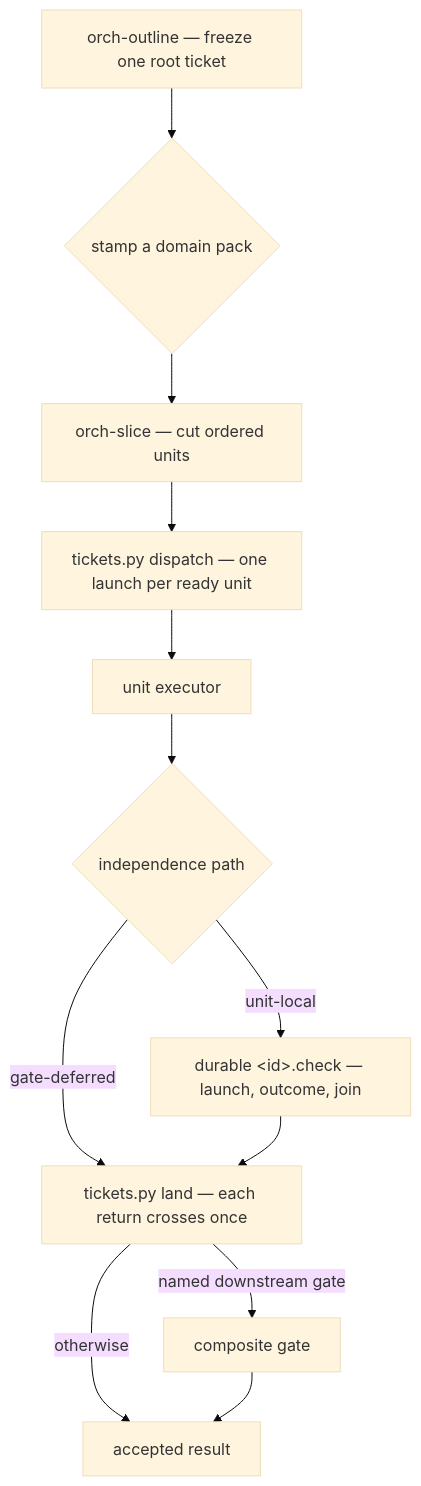
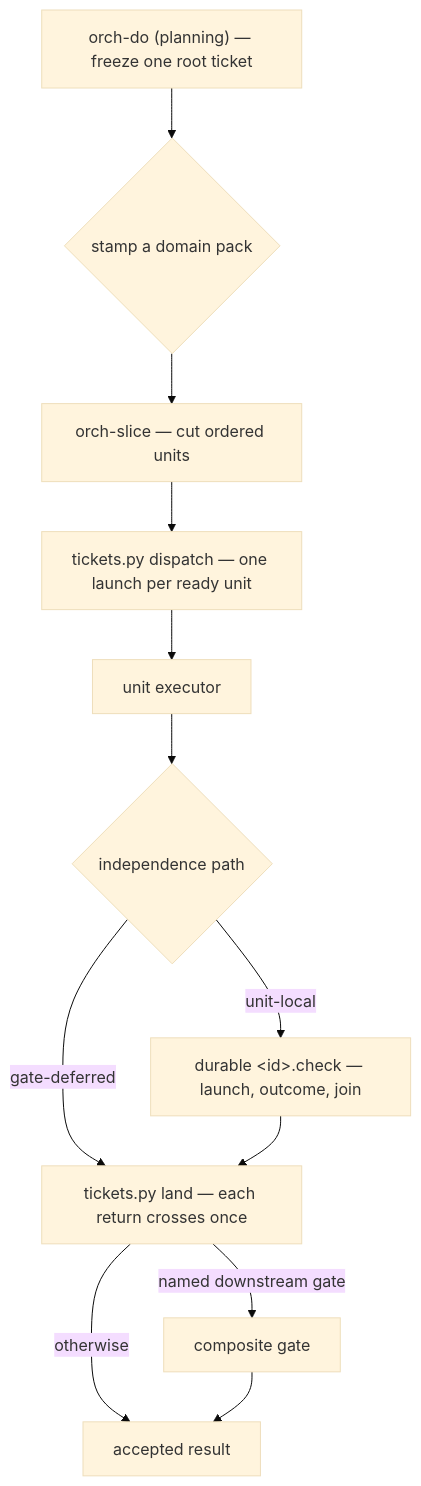
Before and after one commit to DanMcInerney/orchflows: the diagram in README.md, drawn with Mermaid (base theme). The commit also changed other lines of this file and 80 other files, not shown here.

````diff
--- a/README.md
+++ b/README.md
@@ -181,14 +181,14 @@
 ```mermaid
 flowchart TD
-    outline["orch-outline — freeze one root ticket"] --> pack{"stamp a domain pack"}
+    outline["orch-do (planning) — freeze one root ticket"] --> pack{"stamp a domain pack"}
     pack --> dec["orch-slice — cut ordered units"]
     dec --> frontier["tickets.py dispatch — one launch per ready unit"]
     frontier --> exec["unit executor"]
     exec --> path{"independence path"}
     path -->|unit-local| checker["durable &lt;id&gt;.check — launch, outcome, join"]
     path -->|gate-deferred| join["tickets.py land — each return crosses once"]
     checker --> join
     join -->|named downstream gate| gate["composite gate"]
     join -->|otherwise| accepted["accepted result"]
     gate --> accepted
 ```
````
